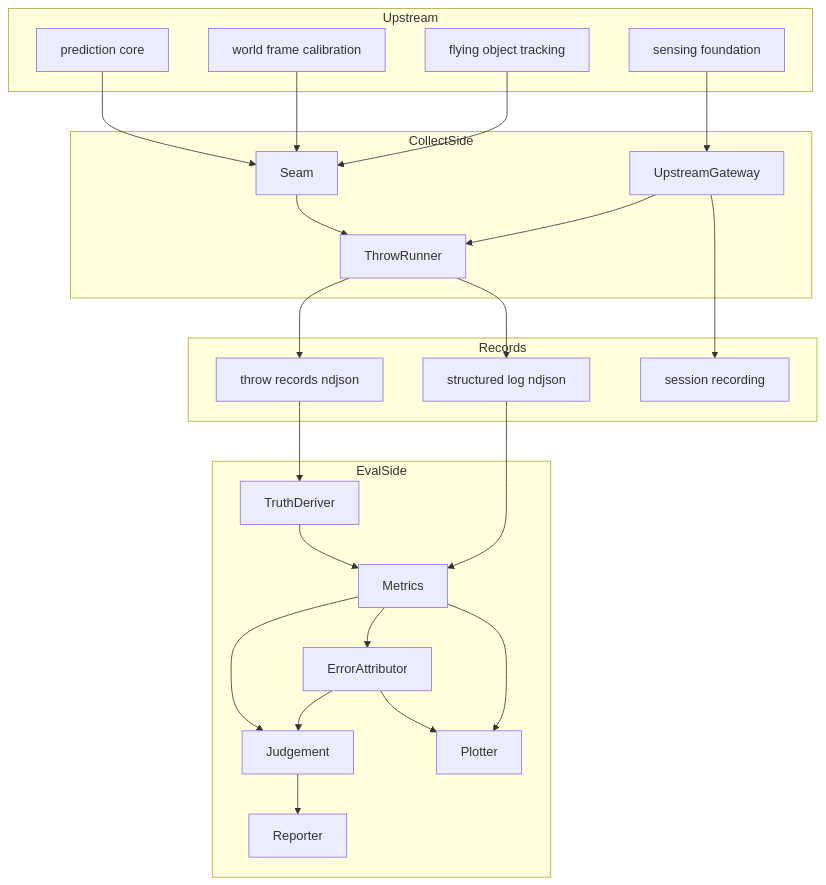
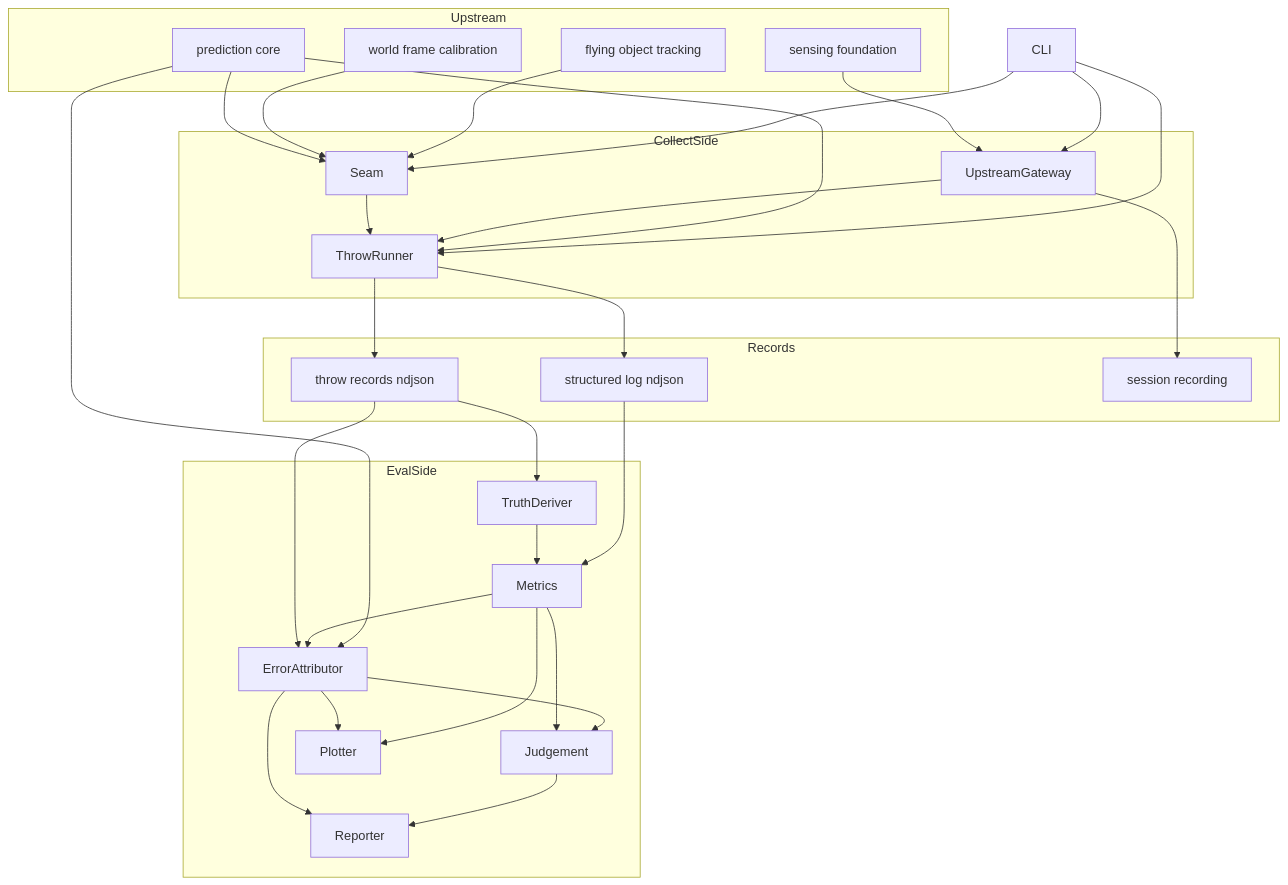
The first of 4 diagrams in .kiro/specs/m1-prediction-validation/design.md (f18c052f/smart-trashbox-tribute), drawn with Mermaid before and after one commit. The commit also changed other lines of this file, not shown here.

First line of the commit message:
docs(m1-prediction-validation): design.md の mermaid 図を実装へ同期する

````diff
--- a/.kiro/specs/m1-prediction-validation/design.md
+++ b/.kiro/specs/m1-prediction-validation/design.md
@@ -218,45 +218,52 @@
 ```mermaid
 graph TB
     subgraph Upstream
         SF[sensing foundation]
         FOT[flying object tracking]
         WFC[world frame calibration]
         PC[prediction core]
     end
     subgraph CollectSide
         UG[UpstreamGateway]
         SEAM[Seam]
         RUN[ThrowRunner]
     end
     subgraph Records
         TR[throw records ndjson]
         LOG[structured log ndjson]
         SESS[session recording]
     end
     subgraph EvalSide
         TRUTH[TruthDeriver]
         MET[Metrics]
         ATTR[ErrorAttributor]
         JUDGE[Judgement]
         REP[Reporter]
         PLOT[Plotter]
     end
+    CLI[CLI] --> UG
+    CLI --> SEAM
+    CLI --> RUN
     SF --> UG
     FOT --> SEAM
     WFC --> SEAM
     PC --> SEAM
+    PC --> RUN
+    PC --> ATTR
     UG --> RUN
     SEAM --> RUN
     RUN --> TR
     RUN --> LOG
     UG --> SESS
     TR --> TRUTH
     LOG --> MET
     TRUTH --> MET
     MET --> ATTR
+    TR --> ATTR
     ATTR --> JUDGE
     MET --> JUDGE
     JUDGE --> REP
+    ATTR --> REP
     MET --> PLOT
     ATTR --> PLOT
 ```
````
